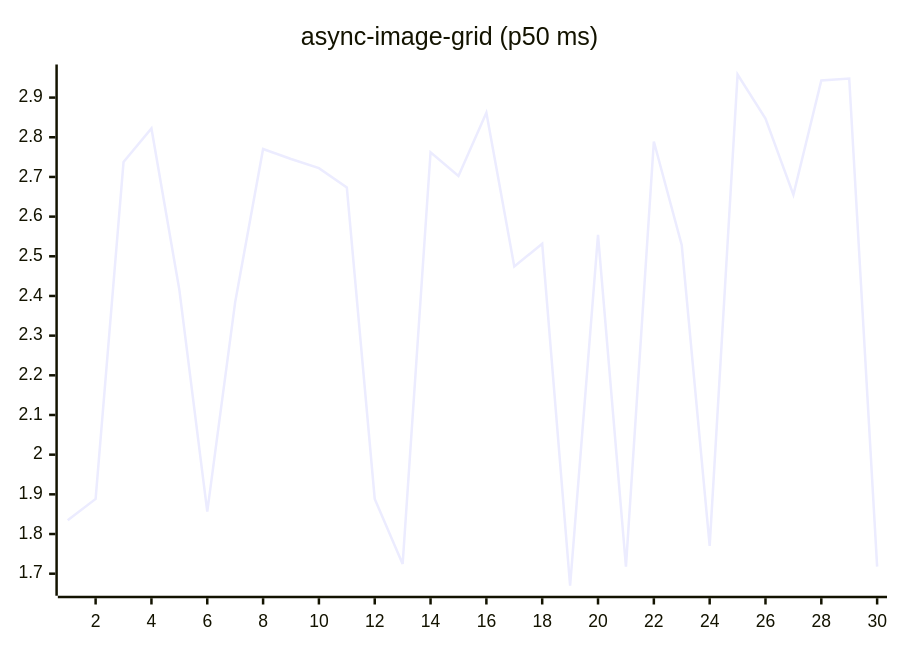
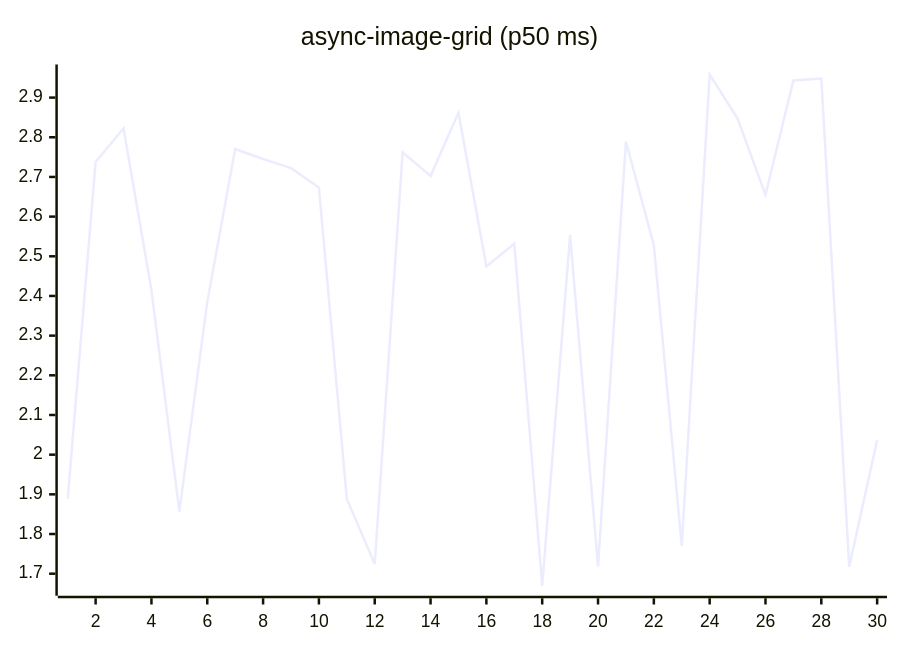
The fifth of 27 diagrams in README.md (josha/Facet), drawn with Mermaid before and after one commit. The commit also changed other lines of this file and 2 other files, not shown here.

````diff
--- a/README.md
+++ b/README.md
@@ -91,6 +91,6 @@
 ```mermaid
 xychart-beta
     title "async-image-grid (p50 ms)"
     x-axis 1 --> 30
-    line [1.8346, 1.8885, 2.7375, 2.8223, 2.4153, 1.8565, 2.3845, 2.7705, 2.7451, 2.7222, 2.6737, 1.8884, 1.7244, 2.7624, 2.7026, 2.8617, 2.4742, 2.5316, 1.6696, 2.5539, 1.7175, 2.7892, 2.5277, 1.7701, 2.9582, 2.8471, 2.6552, 2.9433, 2.9481, 1.7177]
+    line [1.8885, 2.7375, 2.8223, 2.4153, 1.8565, 2.3845, 2.7705, 2.7451, 2.7222, 2.6737, 1.8884, 1.7244, 2.7624, 2.7026, 2.8617, 2.4742, 2.5316, 1.6696, 2.5539, 1.7175, 2.7892, 2.5277, 1.7701, 2.9582, 2.8471, 2.6552, 2.9433, 2.9481, 1.7177, 2.0365]
 ```
````
